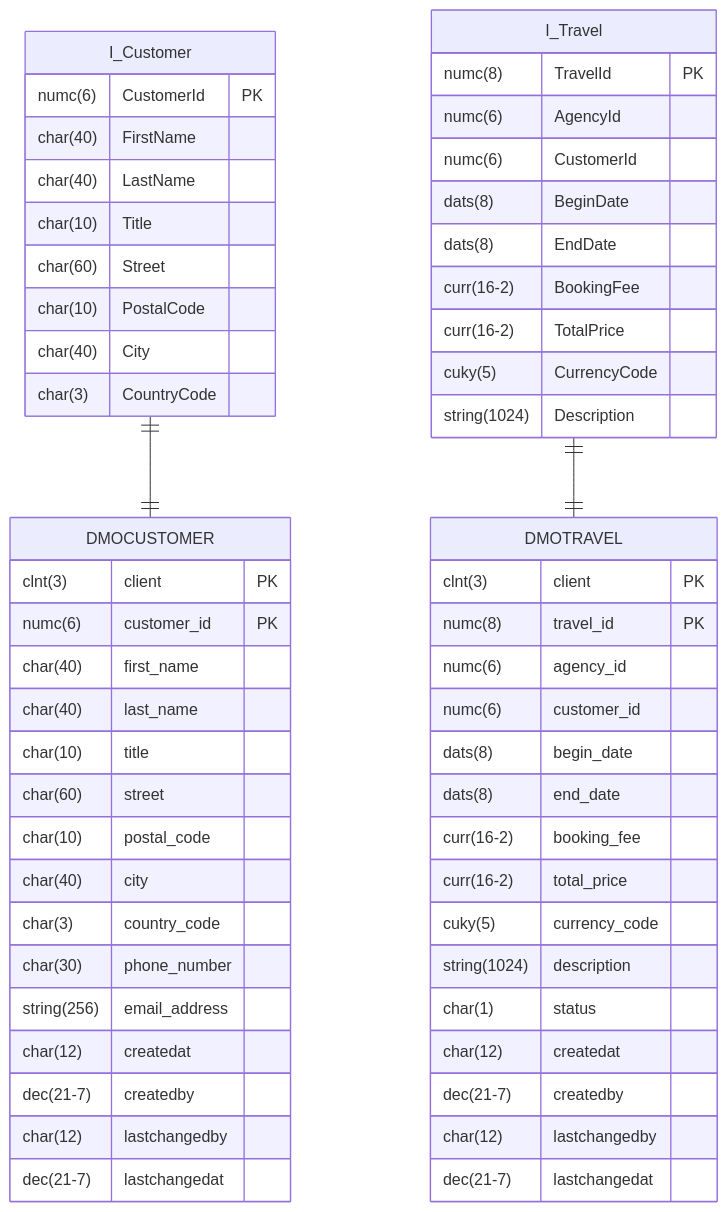
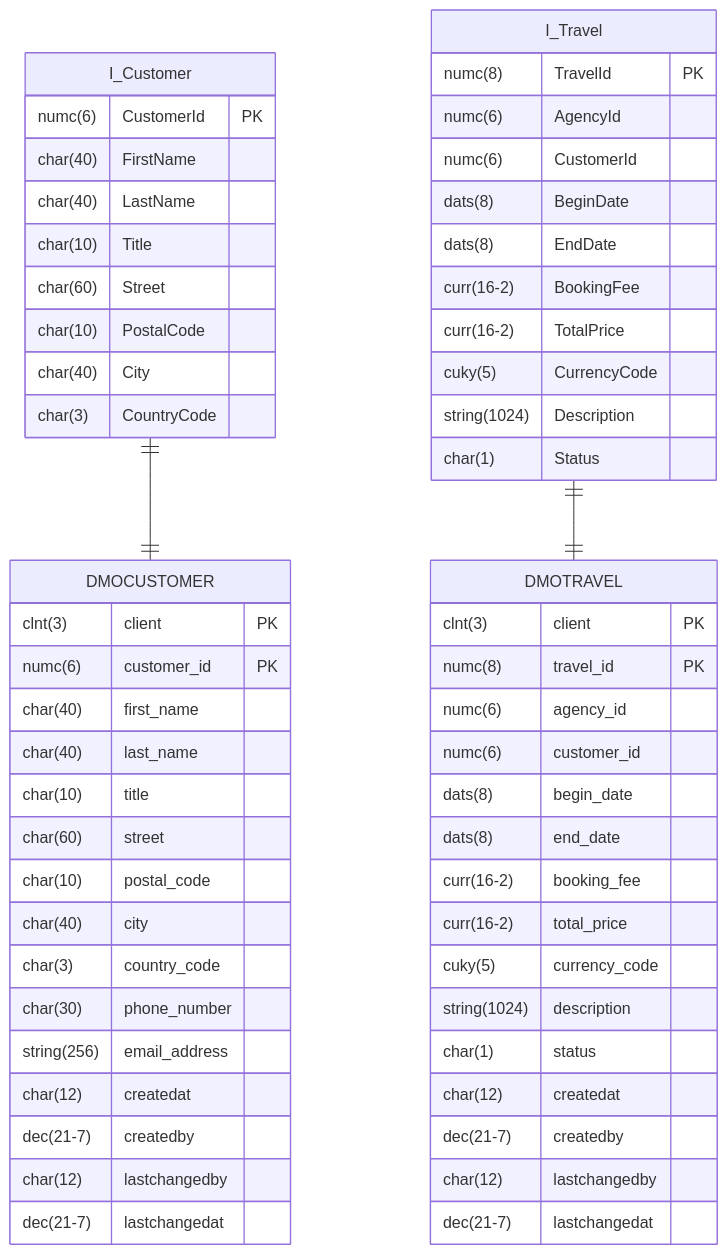
The diagram in docs/exercises/abap-cds/abap-cds-02.md (appenmaier/s4hana), drawn with Mermaid before and after one commit. The commit also changed 4 other files, not shown here.

````diff
--- a/docs/exercises/abap-cds/abap-cds-02.md
+++ b/docs/exercises/abap-cds/abap-cds-02.md
@@ -10,65 +10,66 @@
 ```mermaid
 erDiagram
 
     I_Customer ||--|| DMOCUSTOMER : ""
     I_Travel ||--|| DMOTRAVEL : ""
 
     I_Customer {
         numc(6) CustomerId PK
         char(40) FirstName
         char(40) LastName
         char(10) Title
         char(60) Street
         char(10) PostalCode
         char(40) City
         char(3) CountryCode
     }
 
     DMOCUSTOMER {
         clnt(3) client PK
         numc(6) customer_id PK
         char(40) first_name
         char(40) last_name
         char(10) title
         char(60) street
         char(10) postal_code
         char(40) city
         char(3) country_code
         char(30) phone_number
         string(256) email_address
         char(12) createdat
         dec(21-7) createdby
         char(12) lastchangedby
         dec(21-7) lastchangedat
     }
 
     I_Travel {
         numc(8) TravelId PK
         numc(6) AgencyId
         numc(6) CustomerId
         dats(8) BeginDate
         dats(8) EndDate
         curr(16-2) BookingFee
         curr(16-2) TotalPrice
         cuky(5) CurrencyCode
         string(1024) Description
+        char(1) Status
     }
 
     DMOTRAVEL {
         clnt(3) client PK
         numc(8) travel_id PK
         numc(6) agency_id
         numc(6) customer_id
         dats(8) begin_date
         dats(8) end_date
         curr(16-2) booking_fee
         curr(16-2) total_price
         cuky(5) currency_code
         string(1024) description
         char(1) status
         char(12) createdat
         dec(21-7) createdby
         char(12) lastchangedby
         dec(21-7) lastchangedat
     }
 ```
````
